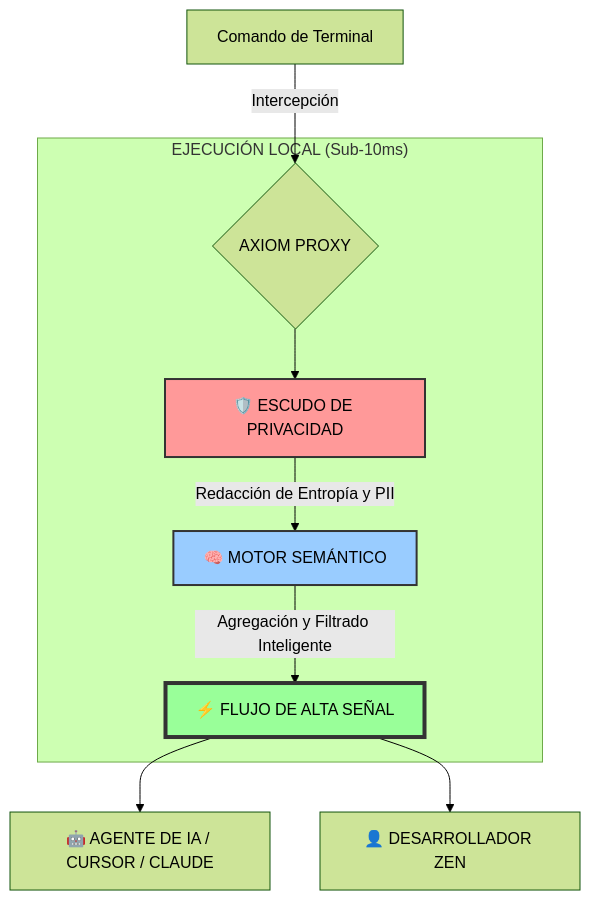
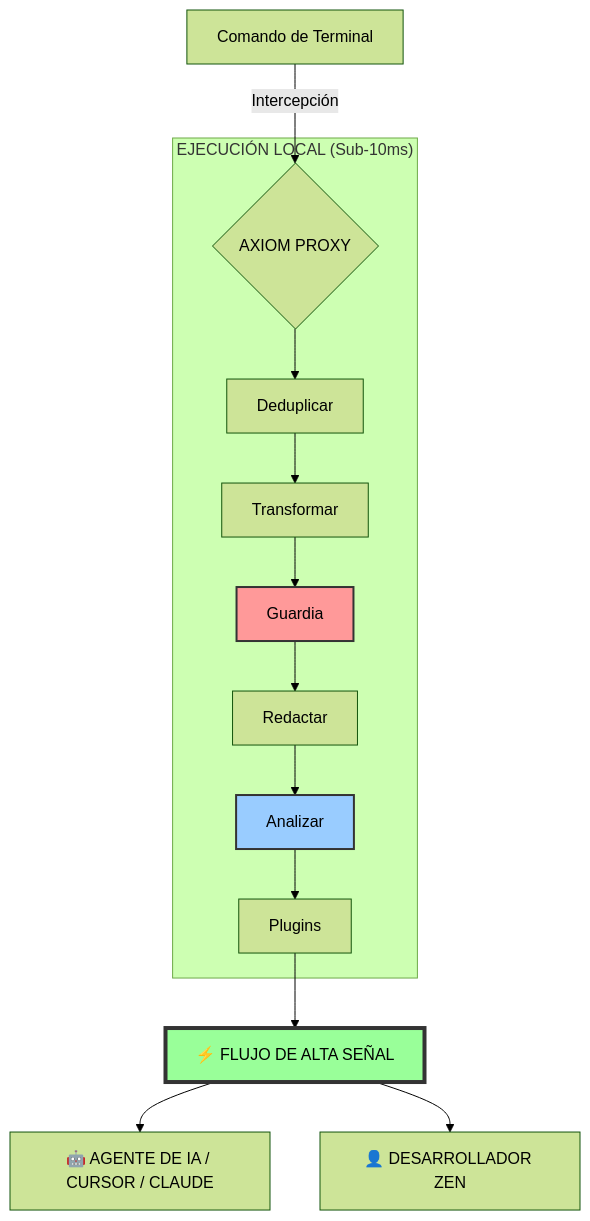
One commit to pinedamg/axiom-cli changed the diagram in docs/es/README.md. Above: the diagram before and after it, drawn with Mermaid (forest theme). The commit also changed 8 other files, not shown here.

Commit message:
📚 Documentation Sync: Update CLI, Architecture, and Localization

````diff
--- a/docs/es/README.md
+++ b/docs/es/README.md
@@ -25,17 +25,21 @@
 ```mermaid
 graph TD
     A[Comando de Terminal] -->|Intercepción| B{AXIOM PROXY}
     
     subgraph "EJECUCIÓN LOCAL (Sub-10ms)"
-    B --> C[🛡️ ESCUDO DE PRIVACIDAD]
-    C -->|Redacción de Entropía y PII| D[🧠 MOTOR SEMÁNTICO]
-    D -->|Agregación y Filtrado Inteligente| E[⚡ FLUJO DE ALTA SEÑAL]
+    B --> C[Deduplicar]
+    C --> D[Transformar]
+    D --> E[Guardia]
+    E --> F[Redactar]
+    F --> G[Analizar]
+    G --> H[Plugins]
     end
     
-    E --> F[🤖 AGENTE DE IA / CURSOR / CLAUDE]
-    E --> G[👤 DESARROLLADOR ZEN]
+    H --> I[⚡ FLUJO DE ALTA SEÑAL]
+    I --> J[🤖 AGENTE DE IA / CURSOR / CLAUDE]
+    I --> K[👤 DESARROLLADOR ZEN]
 
-    style C fill:#ff9999,stroke:#333,stroke-width:2px,color:#000
-    style D fill:#99ccff,stroke:#333,stroke-width:2px,color:#000
-    style E fill:#99ff99,stroke:#333,stroke-width:4px,color:#000
+    style E fill:#ff9999,stroke:#333,stroke-width:2px,color:#000
+    style G fill:#99ccff,stroke:#333,stroke-width:2px,color:#000
+    style I fill:#99ff99,stroke:#333,stroke-width:4px,color:#000
 ```
````
